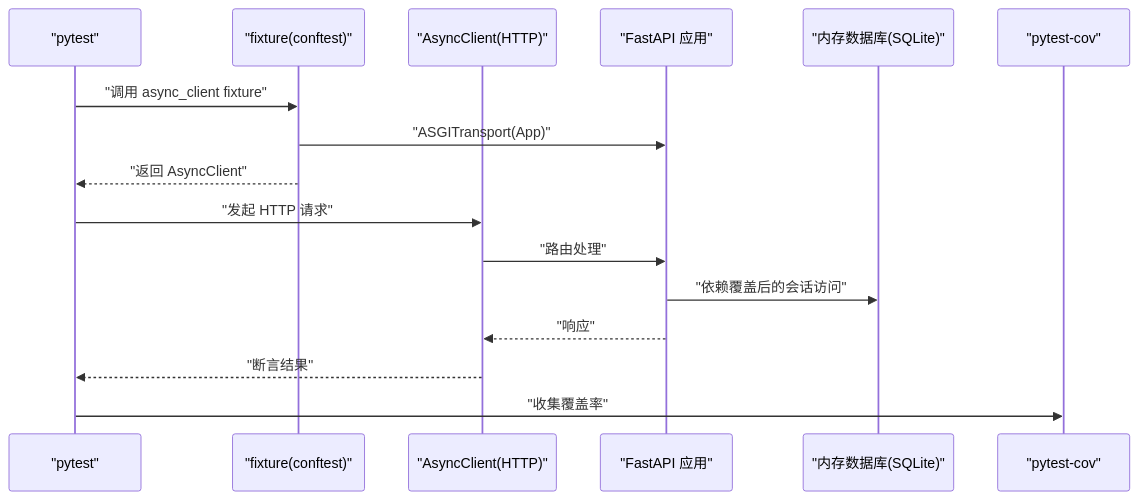
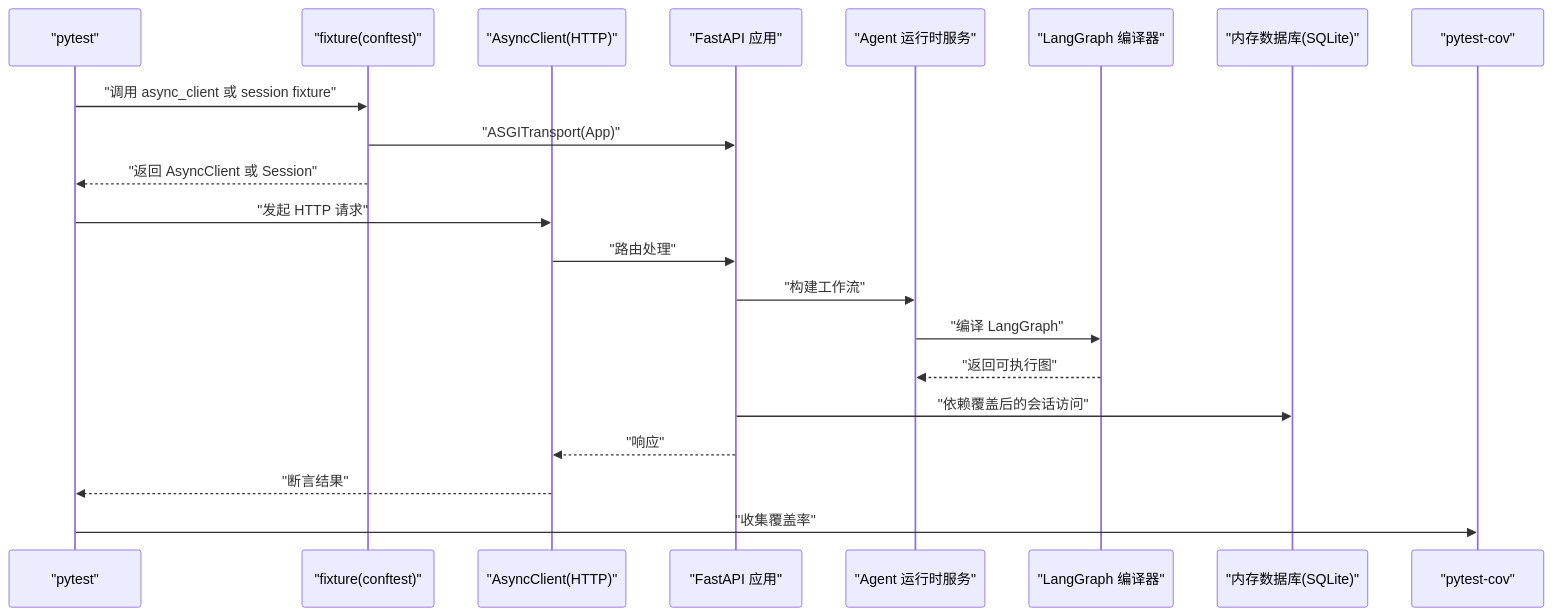
Before and after one commit to javelin-dot/llmine-quant: the second of 7 diagrams in .qoder/repowiki/zh/content/测试与质量保证/测试与质量保证.md, drawn with Mermaid. The commit also changed other lines of this file and 19 other files, not shown here.

````diff
--- a/.qoder/repowiki/zh/content/测试与质量保证/测试与质量保证.md
+++ b/.qoder/repowiki/zh/content/测试与质量保证/测试与质量保证.md
@@ -99,18 +124,23 @@
 ```mermaid
 sequenceDiagram
 participant Py as "pytest"
 participant Fix as "fixture(conftest)"
 participant Cli as "AsyncClient(HTTP)"
 participant App as "FastAPI 应用"
+participant Runtime as "Agent 运行时服务"
+participant Graph as "LangGraph 编译器"
 participant DB as "内存数据库(SQLite)"
 participant Cov as "pytest-cov"
-Py->>Fix : "调用 async_client fixture"
+Py->>Fix : "调用 async_client 或 session fixture"
 Fix->>App : "ASGITransport(App)"
-Fix-->>Py : "返回 AsyncClient"
+Fix-->>Py : "返回 AsyncClient 或 Session"
 Py->>Cli : "发起 HTTP 请求"
 Cli->>App : "路由处理"
+App->>Runtime : "构建工作流"
+Runtime->>Graph : "编译 LangGraph"
+Graph-->>Runtime : "返回可执行图"
 App->>DB : "依赖覆盖后的会话访问"
 App-->>Cli : "响应"
 Cli-->>Py : "断言结果"
 Py->>Cov : "收集覆盖率"
 ```
````
